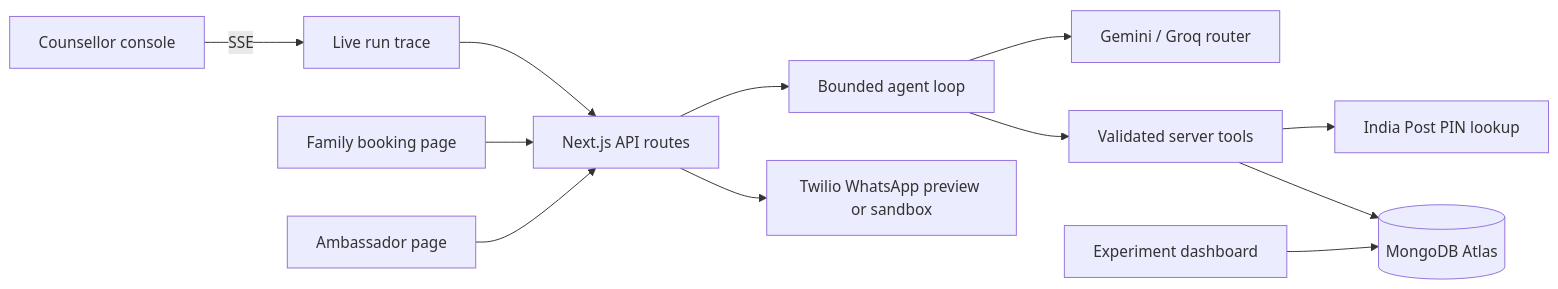
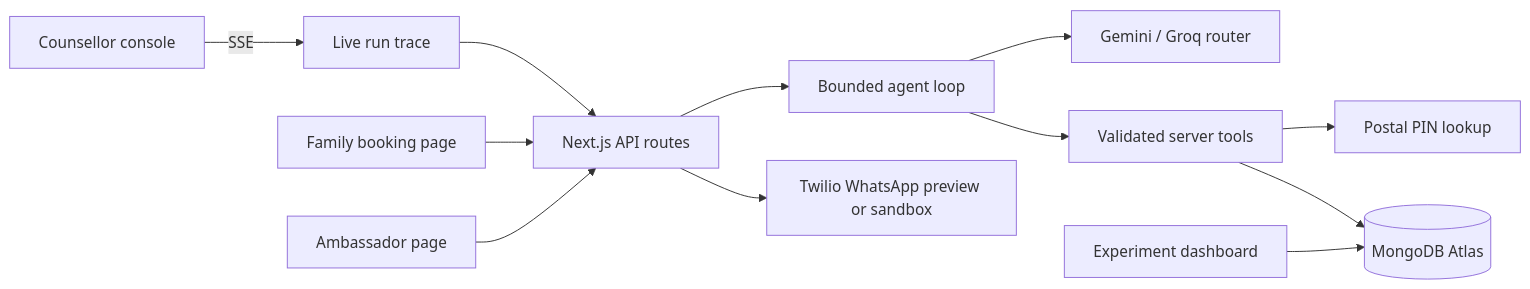
Before and after one commit to Utkarsh151-glitch/parentbridge: the diagram in README.md, drawn with Mermaid. The commit also changed other lines of this file and 6 other files, not shown here.

Commit message:
Document public data sources and clarify PIN lookup

````diff
--- a/README.md
+++ b/README.md
@@ -37,14 +37,14 @@
 ```mermaid
 flowchart LR
   C[Counsellor console] -->|SSE| V[Live run trace]
   V --> API[Next.js API routes]
   API --> LOOP[Bounded agent loop]
   LOOP --> LLM[Gemini / Groq router]
   LOOP --> TOOLS[Validated server tools]
-  TOOLS --> PIN[India Post PIN lookup]
+  TOOLS --> PIN[Postal PIN lookup]
   TOOLS --> DB[(MongoDB Atlas)]
   API --> WA[Twilio WhatsApp preview or sandbox]
   F[Family booking page] --> API
   A[Ambassador page] --> API
   D[Experiment dashboard] --> DB
 ```
````
